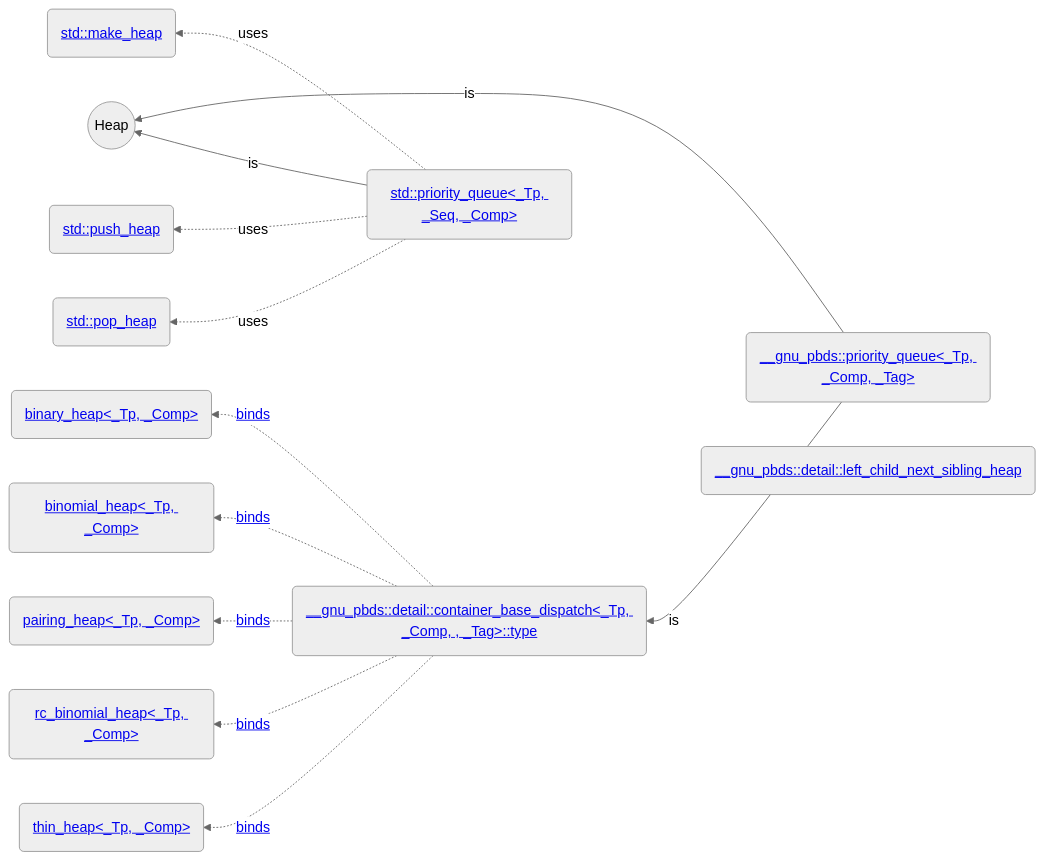
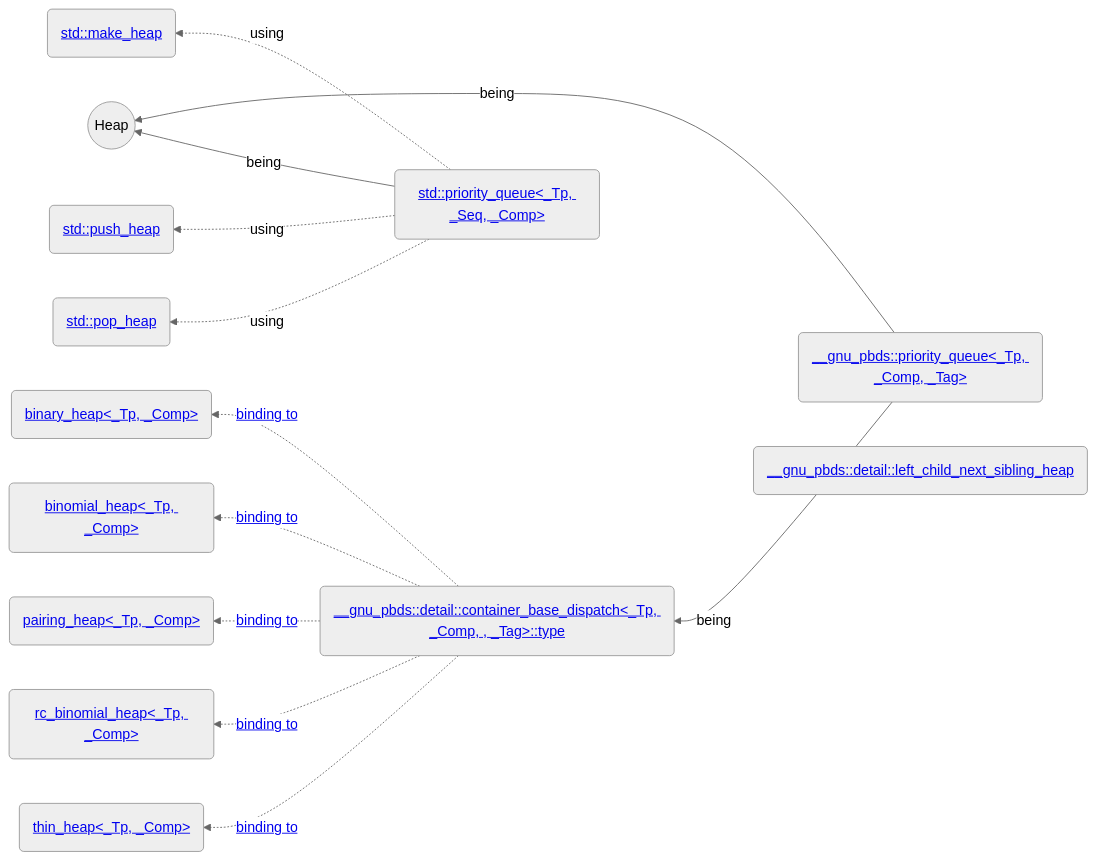
One commit to AsherJingkongChen/ds-assign4 changed the diagram in doc/priority_queue.md. Above: the diagram before and after it, drawn with Mermaid (neutral theme).

Commit message:
Asher Chen commited at 2022-12-28_17-17-24

````diff
--- a/doc/priority_queue.md
+++ b/doc/priority_queue.md
@@ -3,32 +3,32 @@
 ```mermaid
 graph RL;
 heap((Heap));
 spq(<a href=https://gcc.gnu.org/onlinedocs/gcc-12.2.0/libstdc++/api/a08762.html>std::priority_queue<_Tp, _Seq, _Comp></a>);
 make(<a href=https://gcc.gnu.org/onlinedocs/gcc-12.2.0/libstdc++/api/a01614.html#ga2a685c934e85086e5ac372026e8064f6>std::make_heap</a>);
 push(<a href=https://gcc.gnu.org/onlinedocs/gcc-12.2.0/libstdc++/api/a01614.html#gab628ce505c9574f8929a0fa49ed514b3>std::push_heap</a>);
 pop(<a href=https://gcc.gnu.org/onlinedocs/gcc-12.2.0/libstdc++/api/a01614.html#ga0a57ba46981d46e0f3ebd4703d0ad18b>std::pop_heap);
 
 binhp(<a href=https://gcc.gnu.org/onlinedocs/gcc-12.2.0/libstdc++/api/a13278.html>binary_heap<_Tp, _Comp></a>);
 bimhp(<a href=https://gcc.gnu.org/onlinedocs/gcc-12.2.0/libstdc++/api/a13326.html>binomial_heap<_Tp, _Comp></a>);
 pahp(<a href=https://gcc.gnu.org/onlinedocs/gcc-12.2.0/libstdc++/api/a13550.html>pairing_heap<_Tp, _Comp></a>);
 rbimhp(<a href=https://gcc.gnu.org/onlinedocs/gcc-12.2.0/libstdc++/api/a13654.html>rc_binomial_heap<_Tp, _Comp></a>);
 thinhp(<a href=https://gcc.gnu.org/onlinedocs/gcc-12.2.0/libstdc++/api/a13702.html>thin_heap<_Tp, _Comp></a>);
 
 gpq(<a href=https://gcc.gnu.org/onlinedocs/gcc-12.2.0/libstdc++/api/a12902.html>__gnu_pbds::priority_queue<_Tp, _Comp, _Tag></a>);
 gcbdtp(<a href=https://gcc.gnu.org/onlinedocs/gcc-12.2.0/libstdc++/api/a13070.html>__gnu_pbds::detail::container_base_dispatch<_Tp, _Comp, , _Tag>::type</a>);
 lcnsh(<a href=https://gcc.gnu.org/onlinedocs/gcc-12.2.0/libstdc++/api/a13482.html>__gnu_pbds::detail::left_child_next_sibling_heap</a>);
 
-spq -->|is| heap;
-spq .->|uses| make;
-spq .->|uses| push;
-spq .->|uses| pop;
+spq -->|being| heap;
+spq .->|using| make;
+spq .->|using| push;
+spq .->|using| pop;
 
-gpq --->|is| heap;
-gpq -->|is| gcbdtp;
+gpq --->|being| heap;
+gpq -->|being| gcbdtp;
 
-gcbdtp .->|<a href=https://gcc.gnu.org/onlinedocs/gcc-12.2.0/libstdc++/api/a13162.html#adbbd8131d9a4cdc53e280a34f161dd3c>binds</a>| binhp
-gcbdtp .->|<a href=https://gcc.gnu.org/onlinedocs/gcc-12.2.0/libstdc++/api/a13154.html#ab4cecfd9b1ed21229fe049cabebe321c>binds</a>| bimhp
-gcbdtp .->|<a href=https://gcc.gnu.org/onlinedocs/gcc-12.2.0/libstdc++/api/a13150.html#adecf3a56bd35a5ca376d0492e7123a7b>binds</a>| pahp
-gcbdtp .->|<a href=https://gcc.gnu.org/onlinedocs/gcc-12.2.0/libstdc++/api/a13158.html#a7d1df51ac2b0c2e893e450bf7fe9e379>binds</a>| rbimhp
-gcbdtp .->|<a href=https://gcc.gnu.org/onlinedocs/gcc-12.2.0/libstdc++/api/a13166.html#a9810405868a4fa2e115def4f7da71b66>binds</a>| thinhp
+gcbdtp .->|<a href=https://gcc.gnu.org/onlinedocs/gcc-12.2.0/libstdc++/api/a13162.html#adbbd8131d9a4cdc53e280a34f161dd3c>binding to</a>| binhp
+gcbdtp .->|<a href=https://gcc.gnu.org/onlinedocs/gcc-12.2.0/libstdc++/api/a13154.html#ab4cecfd9b1ed21229fe049cabebe321c>binding to</a>| bimhp
+gcbdtp .->|<a href=https://gcc.gnu.org/onlinedocs/gcc-12.2.0/libstdc++/api/a13150.html#adecf3a56bd35a5ca376d0492e7123a7b>binding to</a>| pahp
+gcbdtp .->|<a href=https://gcc.gnu.org/onlinedocs/gcc-12.2.0/libstdc++/api/a13158.html#a7d1df51ac2b0c2e893e450bf7fe9e379>binding to</a>| rbimhp
+gcbdtp .->|<a href=https://gcc.gnu.org/onlinedocs/gcc-12.2.0/libstdc++/api/a13166.html#a9810405868a4fa2e115def4f7da71b66>binding to</a>| thinhp
 ```
````
